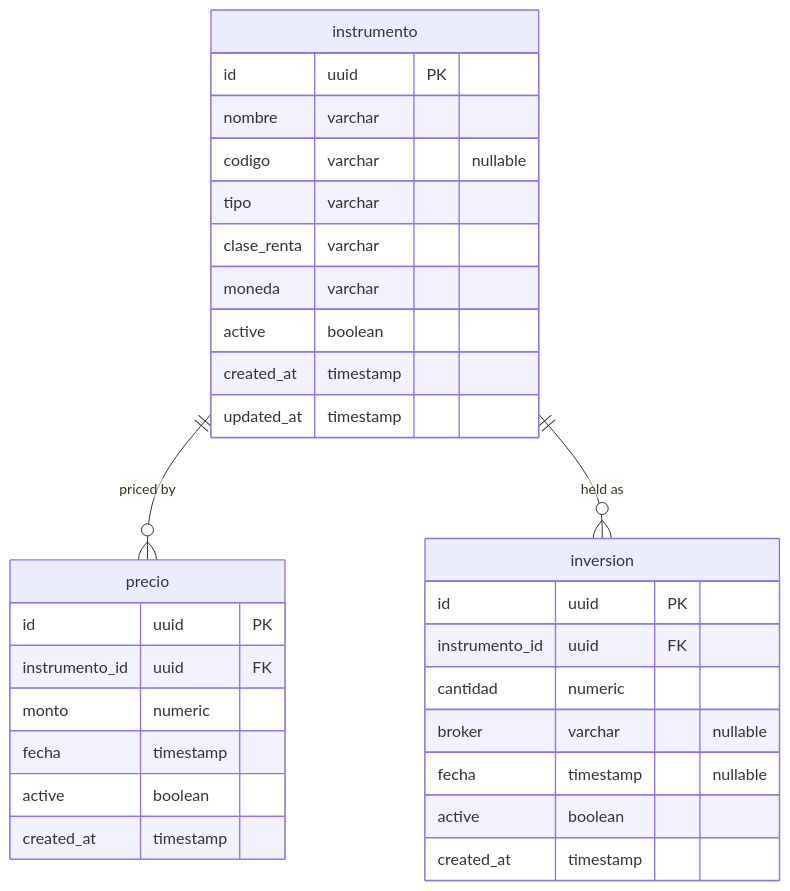
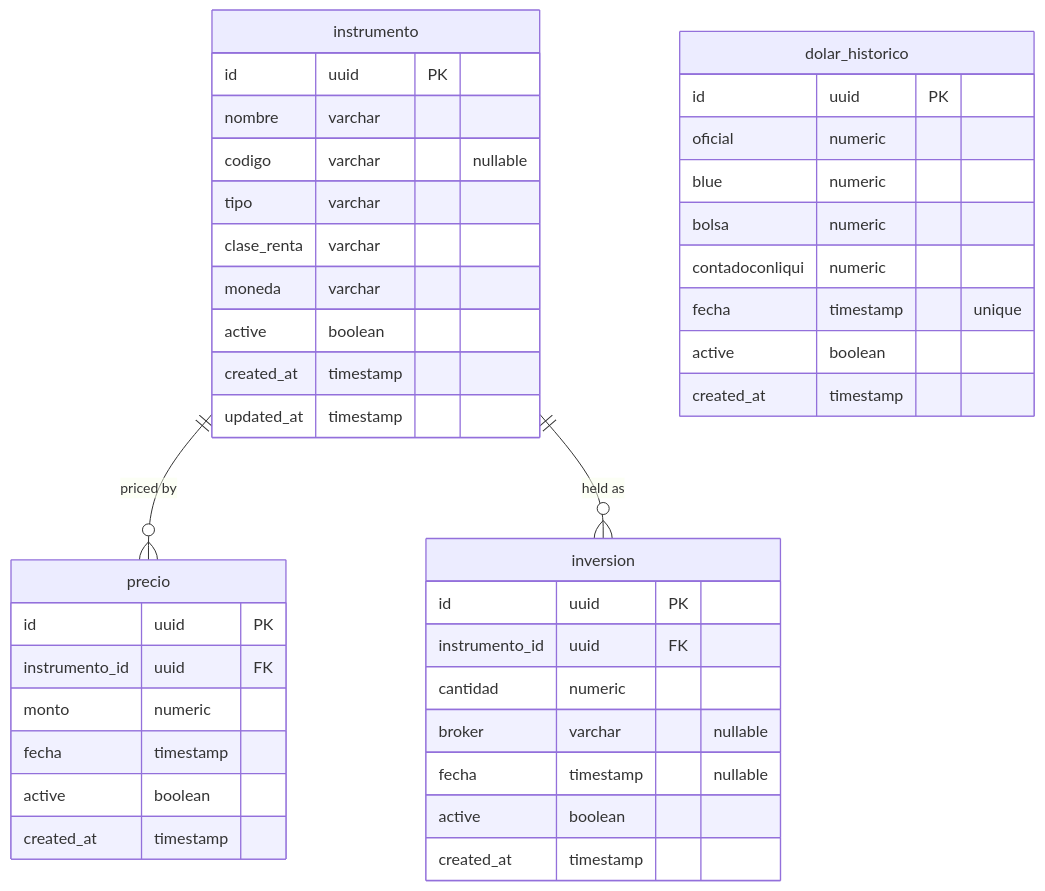
The third of 3 diagrams in docs/ECOSYSTEM_OVERVIEW.md (TomasNati/mis-gestiones), drawn with Mermaid before and after one commit. The commit also changed 2 other files, not shown here.

Commit message:
Primeros cambios para gráfico con historia de inversiones

````diff
--- a/docs/ECOSYSTEM_OVERVIEW.md
+++ b/docs/ECOSYSTEM_OVERVIEW.md
@@ -224,34 +224,44 @@
 ```mermaid
 erDiagram
     instrumento ||--o{ precio : "priced by"
     instrumento ||--o{ inversion : "held as"
 
     instrumento {
         id uuid PK
         nombre varchar
         codigo varchar "nullable"
         tipo varchar
         clase_renta varchar
         moneda varchar
         active boolean
         created_at timestamp
         updated_at timestamp
     }
     precio {
         id uuid PK
         instrumento_id uuid FK
         monto numeric
         fecha timestamp
         active boolean
         created_at timestamp
     }
     inversion {
         id uuid PK
         instrumento_id uuid FK
         cantidad numeric
         broker varchar "nullable"
         fecha timestamp "nullable"
         active boolean
         created_at timestamp
     }
+    dolar_historico {
+        id uuid PK
+        oficial numeric
+        blue numeric
+        bolsa numeric
+        contadoconliqui numeric
+        fecha timestamp "unique"
+        active boolean
+        created_at timestamp
+    }
 ```
````
